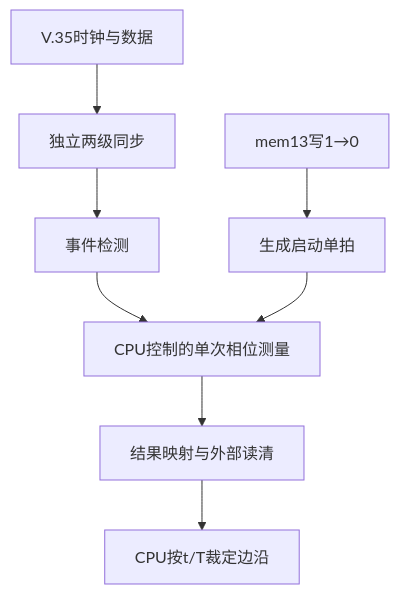
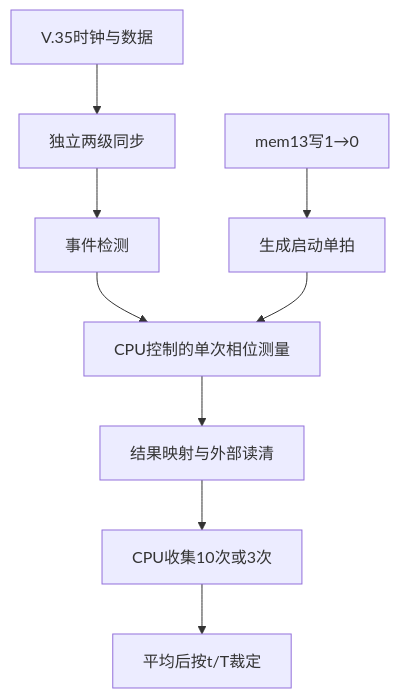
One commit to jwen2003/adaptive-sampling-monitor changed the diagram in docs/architecture_zh-CN.md. Above: the diagram before and after it, drawn with Mermaid. The commit also changed other lines of this file and 34 other files, not shown here.

````diff
--- a/docs/architecture_zh-CN.md
+++ b/docs/architecture_zh-CN.md
@@ -53,10 +54,11 @@
 ```mermaid
 flowchart TD
     A["V.35时钟与数据"] --> B["独立两级同步"]
     B --> C["事件检测"]
     C --> D["CPU控制的单次相位测量"]
     G["mem13写1→0"] --> H["生成启动单拍"]
     H --> D
     D --> E["结果映射与外部读清"]
-    E --> F["CPU按t/T裁定边沿"]
+    E --> F["CPU收集10次或3次"]
+    F --> I["平均后按t/T裁定"]
 ```
````
